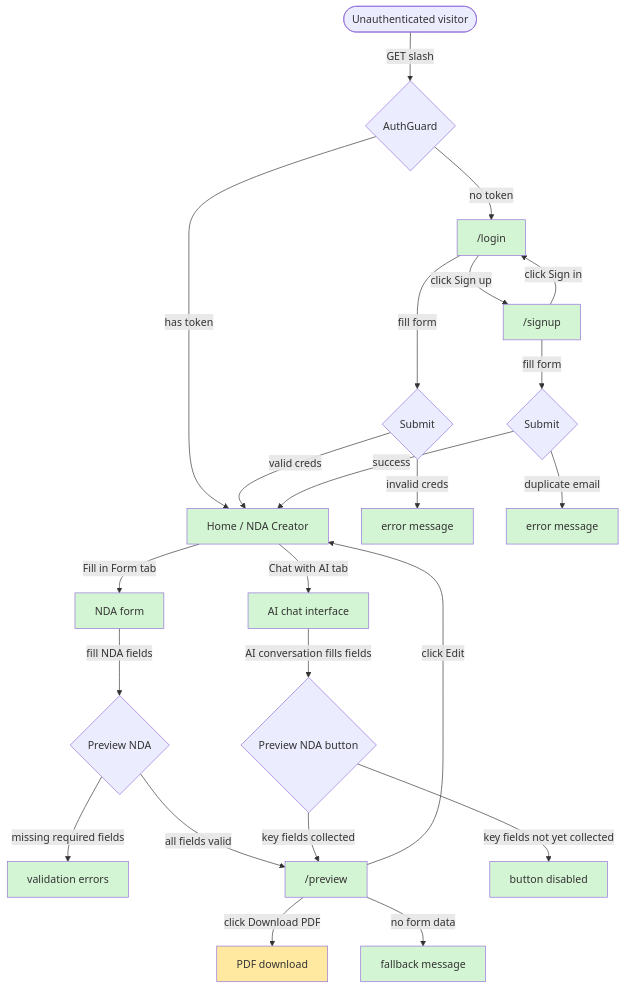
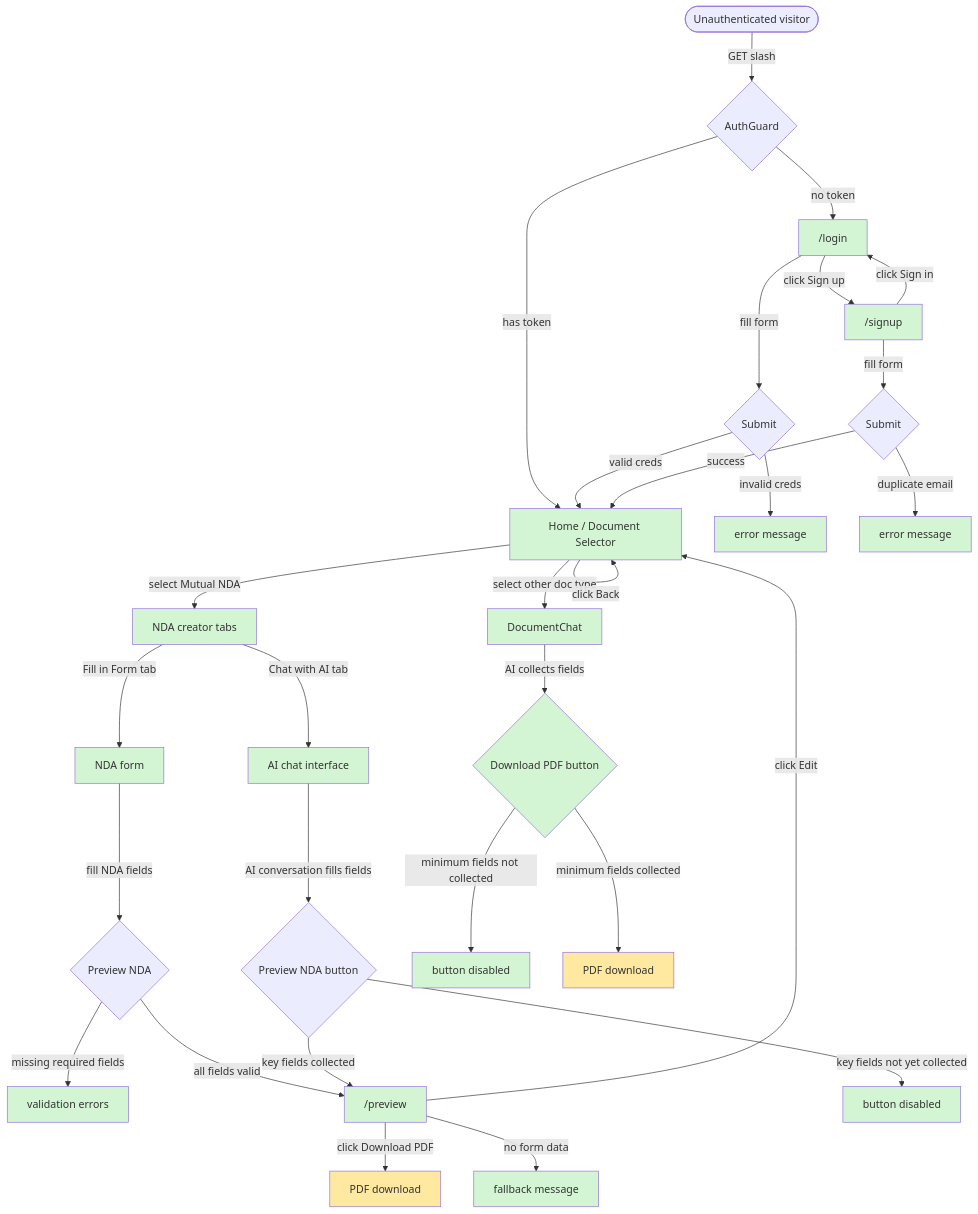
Before and after one commit to shaynemeyer/prelegal: the fourth of 6 diagrams in docs/test-coverage-report.md, drawn with Mermaid. The commit also changed other lines of this file, not shown here.

````diff
--- a/docs/test-coverage-report.md
+++ b/docs/test-coverage-report.md
@@ -95,44 +103,57 @@
 ```mermaid
 flowchart TD
     A([Unauthenticated visitor]) -->|GET slash| B{AuthGuard}
     B -->|no token| C["/login"]
-    B -->|has token| D["Home / NDA Creator"]
+    B -->|has token| D["Home / Document Selector"]
 
     C -->|fill form| E{Submit}
     E -->|invalid creds| F[error message]
     E -->|valid creds| D
     C -->|click Sign up| G["/signup"]
 
     G -->|fill form| H{Submit}
     H -->|duplicate email| I[error message]
     H -->|success| D
     G -->|click Sign in| C
 
-    D -->|Fill in Form tab| J[NDA form]
-    D -->|Chat with AI tab| K[AI chat interface]
+    D -->|select Mutual NDA| J[NDA creator tabs]
+    D -->|select other doc type| K2[DocumentChat]
+    D -->|click Back| D
 
-    J -->|fill NDA fields| L{Preview NDA}
+    J -->|Fill in Form tab| J1[NDA form]
+    J -->|Chat with AI tab| K[AI chat interface]
+
+    J1 -->|fill NDA fields| L{Preview NDA}
     L -->|missing required fields| M[validation errors]
     L -->|all fields valid| N["/preview"]
 
     K -->|AI conversation fills fields| O{Preview NDA button}
     O -->|key fields not yet collected| P[button disabled]
     O -->|key fields collected| N
+
+    K2 -->|AI collects fields| K3{Download PDF button}
+    K3 -->|minimum fields not collected| K4[button disabled]
+    K3 -->|minimum fields collected| K5[PDF download]
 
     N -->|click Edit| D
     N -->|click Download PDF| Q[PDF download]
     N -->|no form data| R[fallback message]
 
     style C fill:#d4f5d4
     style G fill:#d4f5d4
     style D fill:#d4f5d4
     style J fill:#d4f5d4
+    style J1 fill:#d4f5d4
     style K fill:#d4f5d4
+    style K2 fill:#d4f5d4
+    style K3 fill:#d4f5d4
+    style K4 fill:#d4f5d4
     style N fill:#d4f5d4
     style F fill:#d4f5d4
     style I fill:#d4f5d4
     style M fill:#d4f5d4
     style P fill:#d4f5d4
     style R fill:#d4f5d4
     style Q fill:#ffe8a0
+    style K5 fill:#ffe8a0
 ```
````
